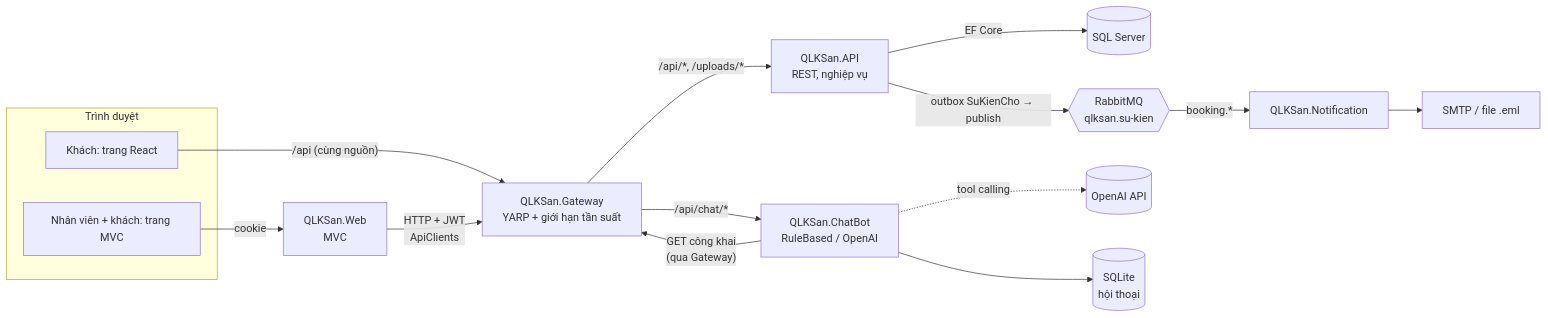
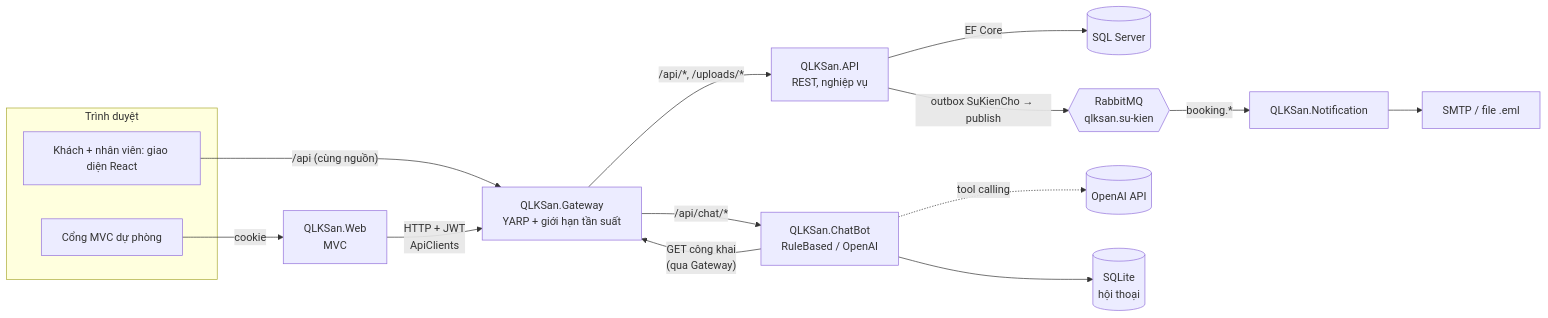
The first of 3 diagrams in docs/KIEN-TRUC.md (vanphuongKN/QLKS_ResTFULL_API), drawn with Mermaid before and after one commit. The commit also changed other lines of this file and 15 other files, not shown here.

First line of the commit message:
R6: React thành giao diện chính, cổng MVC giữ làm dự phòng

````diff
--- a/docs/KIEN-TRUC.md
+++ b/docs/KIEN-TRUC.md
@@ -7,23 +7,23 @@
 ```mermaid
 flowchart LR
     subgraph TrinhDuyet[Trình duyệt]
-        KH[Khách: trang React]
-        NV[Nhân viên + khách: trang MVC]
+        KH[Khách + nhân viên: giao diện React]
+        NV[Cổng MVC dự phòng]
     end
 
     KH -- "/api (cùng nguồn)" --> GW
     NV -- cookie --> WEB[QLKSan.Web<br/>MVC]
     WEB -- "HTTP + JWT<br/>ApiClients" --> GW
 
     GW[QLKSan.Gateway<br/>YARP + giới hạn tần suất]
     GW -- "/api/*, /uploads/*" --> API[QLKSan.API<br/>REST, nghiệp vụ]
     GW -- "/api/chat/*" --> BOT[QLKSan.ChatBot<br/>RuleBased / OpenAI]
     BOT -- "GET công khai<br/>(qua Gateway)" --> GW
     BOT -. tool calling .-> OAI[(OpenAI API)]
 
     API -- EF Core --> DB[(SQL Server)]
     BOT --> CDB[(SQLite<br/>hội thoại)]
     API -- "outbox SuKienCho → publish" --> MQ{{RabbitMQ<br/>qlksan.su-kien}}
     MQ -- "booking.*" --> NOTI[QLKSan.Notification]
     NOTI --> MAIL[SMTP / file .eml]
 ```
````
